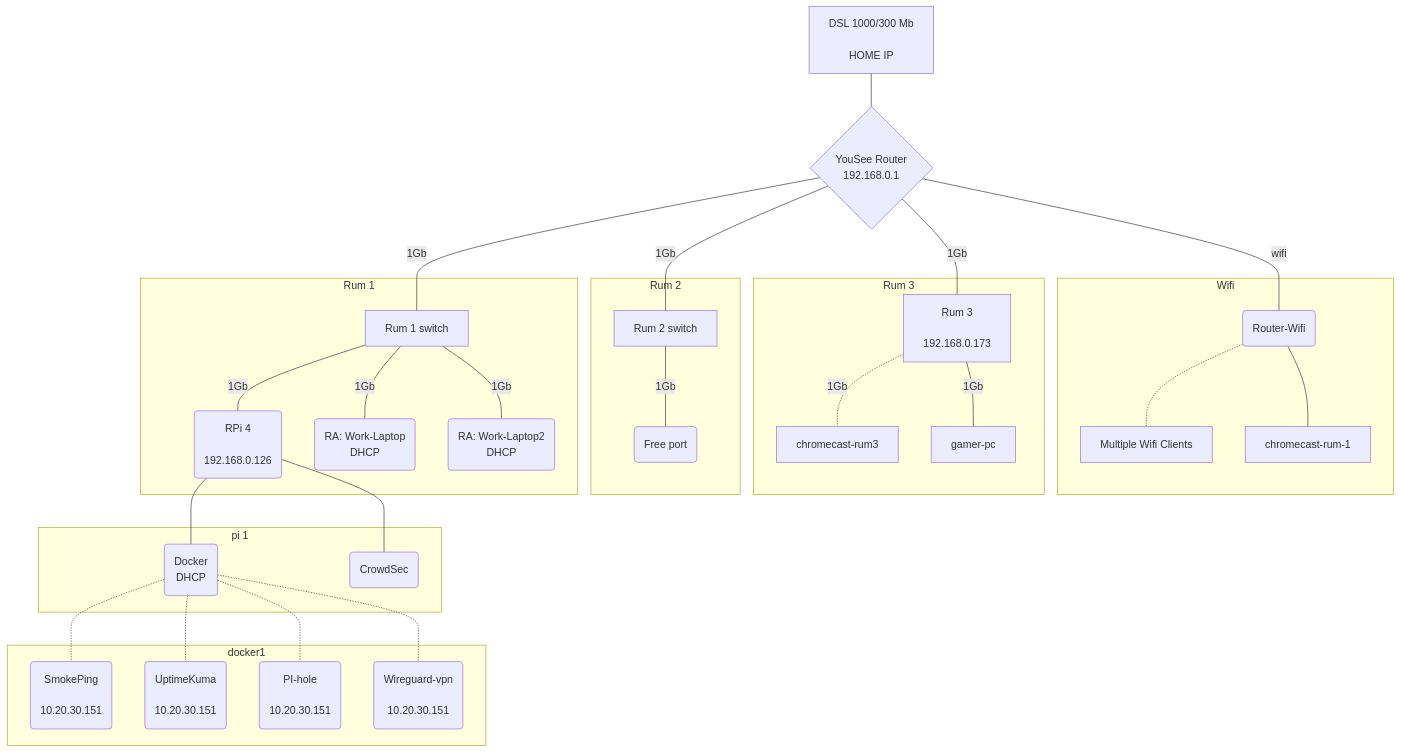
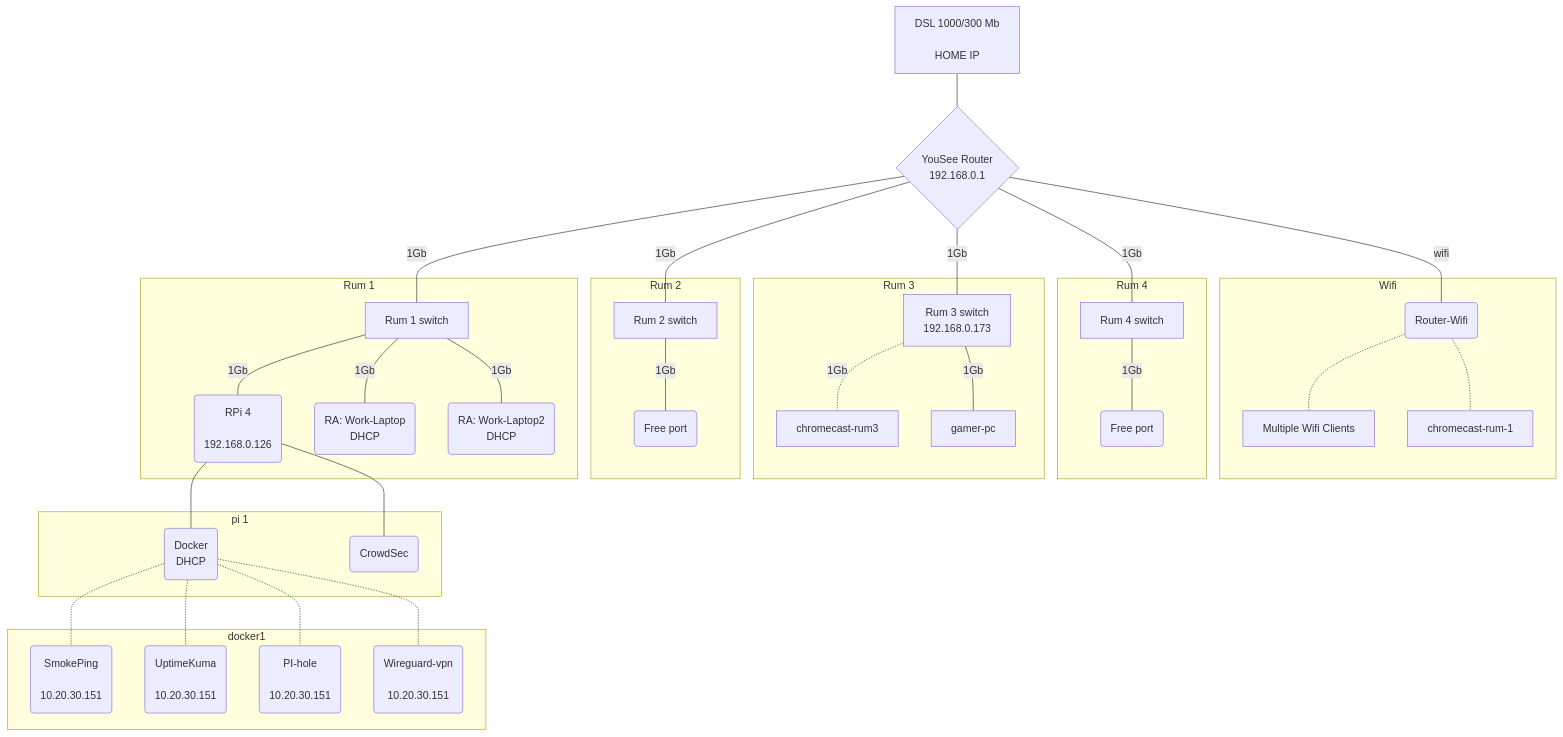
One commit to alf149/ansible changed the diagram in Docs/Index.md. Above: the diagram before and after it, drawn with Mermaid.

````diff
--- a/Docs/Index.md
+++ b/Docs/Index.md
@@ -3,43 +3,49 @@
 ```mermaid
 graph TB
  linkStyle default interpolate basis
  wan1[<center>DSL 1000/300 Mb<br><br>HOME IP</center>]---router{<center>YouSee Router<br>192.168.0.1</center>}
  router---|1Gb|rum_1[<center>Rum 1 switch</center>]
  router---|1Gb|rum_2[<center>Rum 2 switch</center>]
- router---|1Gb|rum_3[<center>Rum 3<br><br>192.168.0.173</center>]
+ router---|1Gb|rum_3[<center>Rum 3 switch<br>192.168.0.173</center>]
+ router---|1Gb|rum_4[<center>Rum 4 switch</center>]
  router---|wifi|ac_wifi(<center>Router-Wifi</center>)
 
 subgraph Wifi
 ac_wifi-.-Multiple[<center>Multiple Wifi Clients</center>]
-ac_wifi---chromecast-rum-1
+ac_wifi-.-chromecast-rum-1
 end
+
+subgraph Rum 4
+rum_4---|1Gb|free_2(<center>Free port</center>)
+end
+
 
 subgraph Rum 3
 rum_3-.-|1Gb|chromecast-rum3
 rum_3---|1Gb|gamer-pc
 end
 
 subgraph Rum 2
-rum_2---|1Gb|free(<center>Free port</center>)
+rum_2---|1Gb|free_1(<center>Free port</center>)
 end
 
 subgraph Rum 1
 rum_1---|1Gb|pi(<center>RPi 4<br><br>192.168.0.126</center>)
 rum_1---|1Gb|work(<center>RA: Work-Laptop<br>DHCP</center>)
 rum_1---|1Gb|work-lab(<center>RA: Work-Laptop2<br>DHCP</center>)
 end
 
     subgraph pi 1
     pi---docker(<center>Docker<br>DHCP</center>)
     pi---crowdsec(<center>CrowdSec</center>)
     end
 
     subgraph docker1
     docker-.-smokeping(<center>SmokePing<br><br>10.20.30.151</center>)
     docker-.-uptimeKuma(<center>UptimeKuma<br><br>10.20.30.151</center>)
     docker-.-pihole(<center>PI-hole<br><br>10.20.30.151</center>)
     docker-.-wireguardvpn(<center>Wireguard-vpn<br><br>10.20.30.151</center>)
     end
 
 
 ```
````
